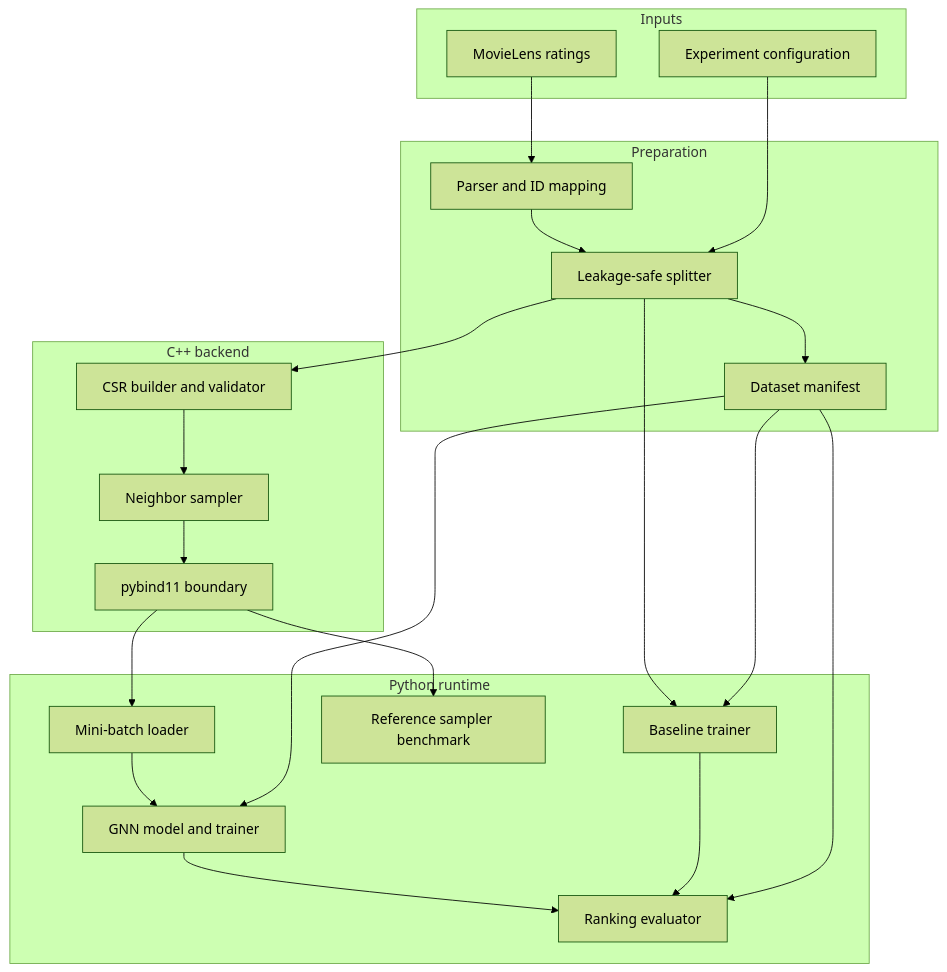
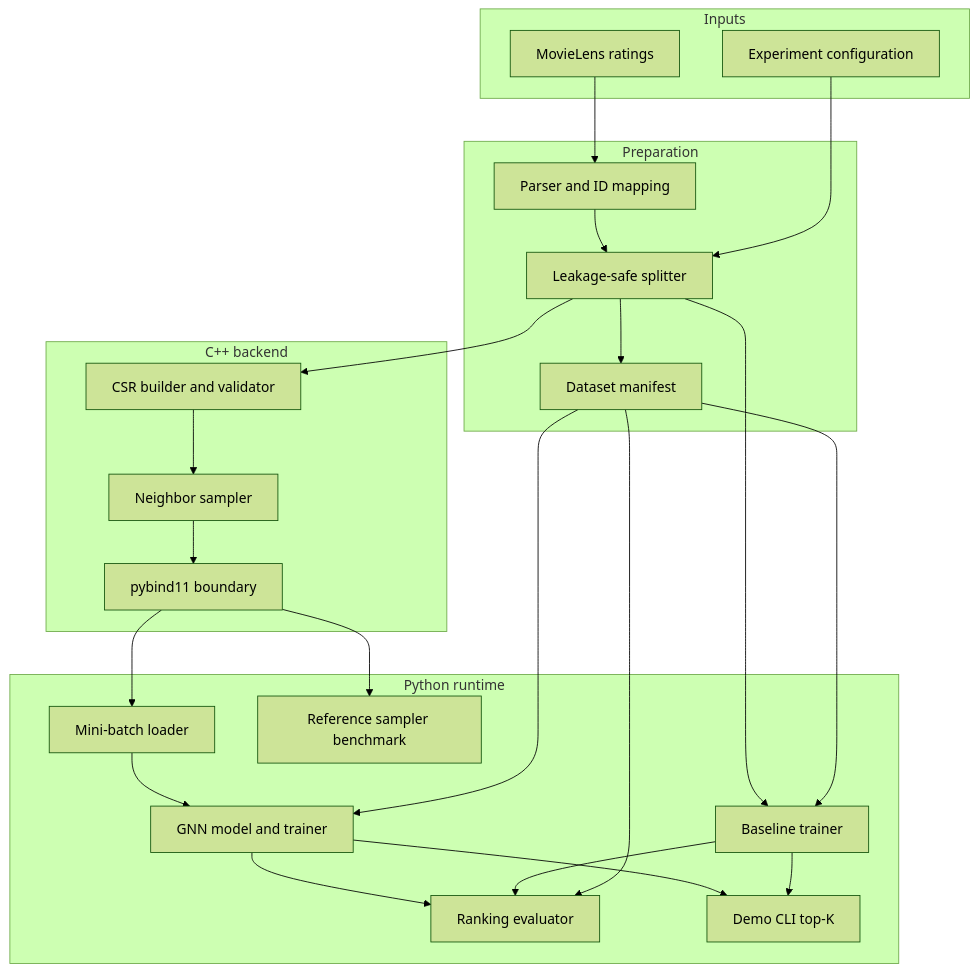
One commit to sathariels/SageRec changed the diagram in docs/architecture.md. Above: the diagram before and after it, drawn with Mermaid (forest theme). The commit also changed other lines of this file and 16 other files, not shown here.

First line of the commit message:
feat: ADR-008 demo CLI for checkpoint top-K serving

````diff
--- a/docs/architecture.md
+++ b/docs/architecture.md
@@ -5,37 +5,40 @@
 ```mermaid
 flowchart TB
     subgraph Inputs
       R[MovieLens ratings]
       C[Experiment configuration]
     end
 
     subgraph Preparation
       P[Parser and ID mapping]
       S[Leakage-safe splitter]
       M[Dataset manifest]
     end
 
     subgraph NativeBackend[C++ backend]
       B[CSR builder and validator]
       N[Neighbor sampler]
       Y[pybind11 boundary]
     end
 
     subgraph PythonRuntime[Python runtime]
       L[Mini-batch loader]
       G[GNN model and trainer]
       F[Baseline trainer]
       E[Ranking evaluator]
       Q[Reference sampler benchmark]
+      V[Demo CLI top-K]
     end
 
     R --> P --> S
     C --> S
     S --> M
     S --> B --> N --> Y --> L --> G --> E
     S --> F --> E
     Y --> Q
+    G --> V
+    F --> V
     M --> G
     M --> F
     M --> E
 ```
````
